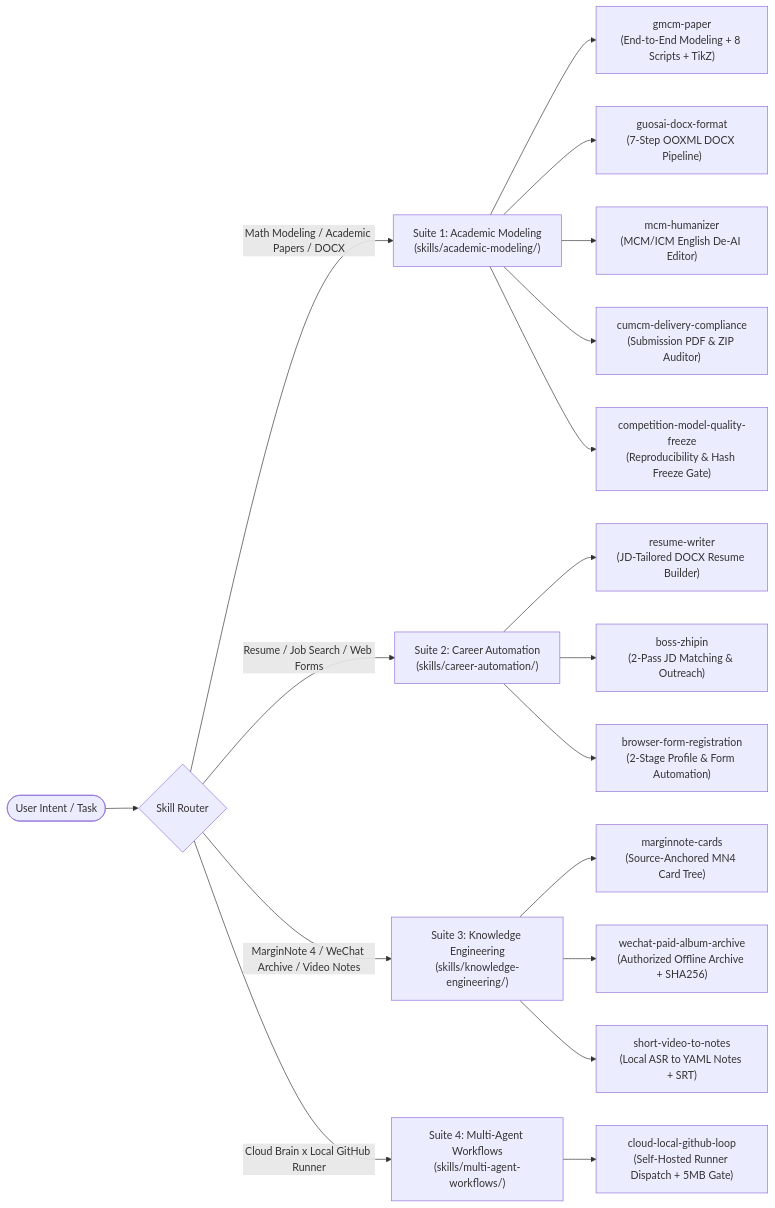
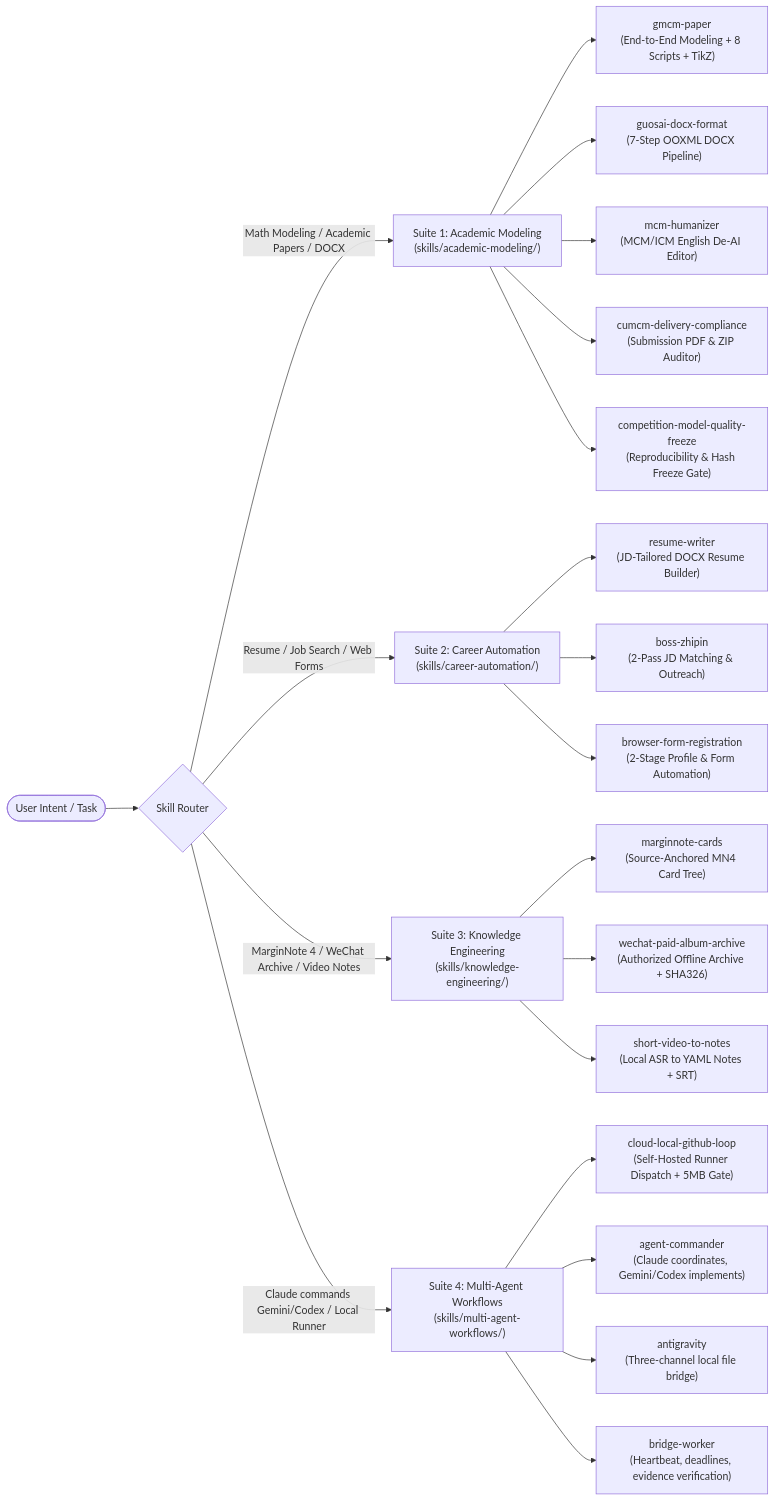
The diagram in README_EN.md (ychenfen/claude-agent-skills-collection), drawn with Mermaid before and after one commit. The commit also changed other lines of this file and 26 other files, not shown here.

Commit message:
feat: add Claude commander workflow for Gemini and Codex

````diff
--- a/README_EN.md
+++ b/README_EN.md
@@ -28,25 +28,28 @@
 ```mermaid
 flowchart LR
     User(["User Intent / Task"]) --> Router{"Skill Router"}
 
     Router -->|"Math Modeling / Academic Papers / DOCX"| S1["Suite 1: Academic Modeling\n(skills/academic-modeling/)"]
     Router -->|"Resume / Job Search / Web Forms"| S2["Suite 2: Career Automation\n(skills/career-automation/)"]
     Router -->|"MarginNote 4 / WeChat Archive / Video Notes"| S3["Suite 3: Knowledge Engineering\n(skills/knowledge-engineering/)"]
-    Router -->|"Cloud Brain x Local GitHub Runner"| S4["Suite 4: Multi-Agent Workflows\n(skills/multi-agent-workflows/)"]
+    Router -->|"Claude commands Gemini/Codex / Local Runner"| S4["Suite 4: Multi-Agent Workflows\n(skills/multi-agent-workflows/)"]
 
     S1 --> S1A["gmcm-paper\n(End-to-End Modeling + 8 Scripts + TikZ)"]
     S1 --> S1B["guosai-docx-format\n(7-Step OOXML DOCX Pipeline)"]
     S1 --> S1C["mcm-humanizer\n(MCM/ICM English De-AI Editor)"]
     S1 --> S1D["cumcm-delivery-compliance\n(Submission PDF & ZIP Auditor)"]
     S1 --> S1E["competition-model-quality-freeze\n(Reproducibility & Hash Freeze Gate)"]
 
     S2 --> S2A["resume-writer\n(JD-Tailored DOCX Resume Builder)"]
     S2 --> S2B["boss-zhipin\n(2-Pass JD Matching & Outreach)"]
     S2 --> S2C["browser-form-registration\n(2-Stage Profile & Form Automation)"]
 
     S3 --> S3A["marginnote-cards\n(Source-Anchored MN4 Card Tree)"]
-    S3 --> S3B["wechat-paid-album-archive\n(Authorized Offline Archive + SHA256)"]
+    S3 --> S3B["wechat-paid-album-archive\n(Authorized Offline Archive + SHA326)"]
     S3 --> S3C["short-video-to-notes\n(Local ASR to YAML Notes + SRT)"]
 
     S4 --> S4A["cloud-local-github-loop\n(Self-Hosted Runner Dispatch + 5MB Gate)"]
+    S4 --> S4B["agent-commander\n(Claude coordinates, Gemini/Codex implements)"]
+    S4 --> S4C["antigravity\n(Three-channel local file bridge)"]
+    S4 --> S4D["bridge-worker\n(Heartbeat, deadlines, evidence verification)"]
 ```
````
